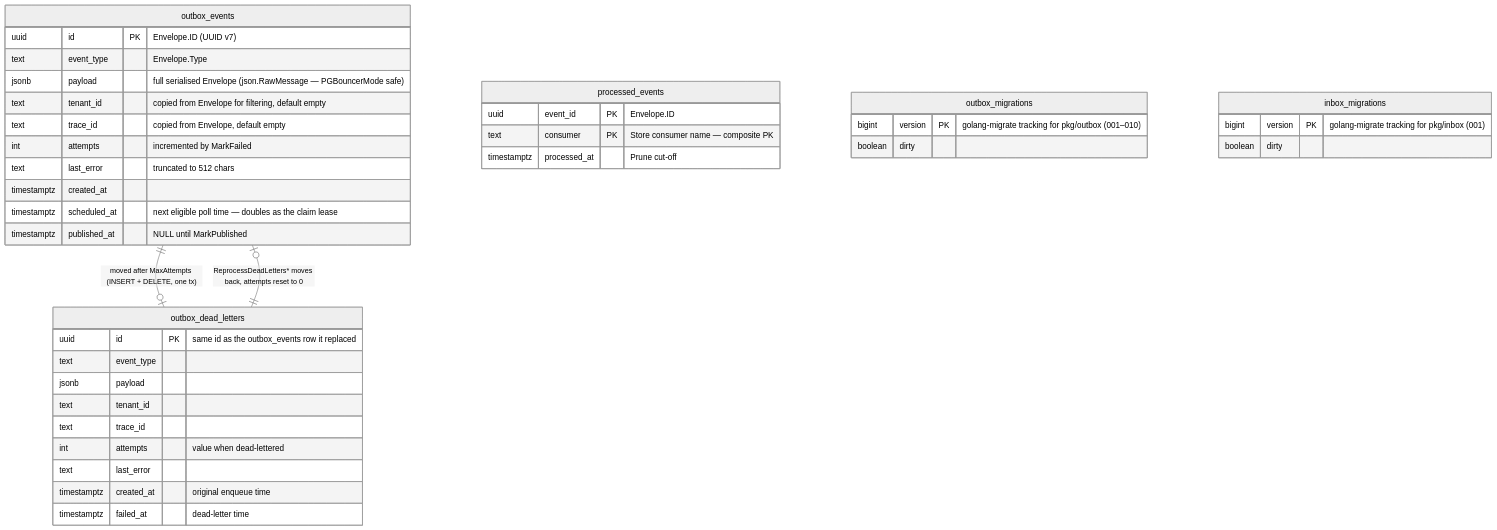
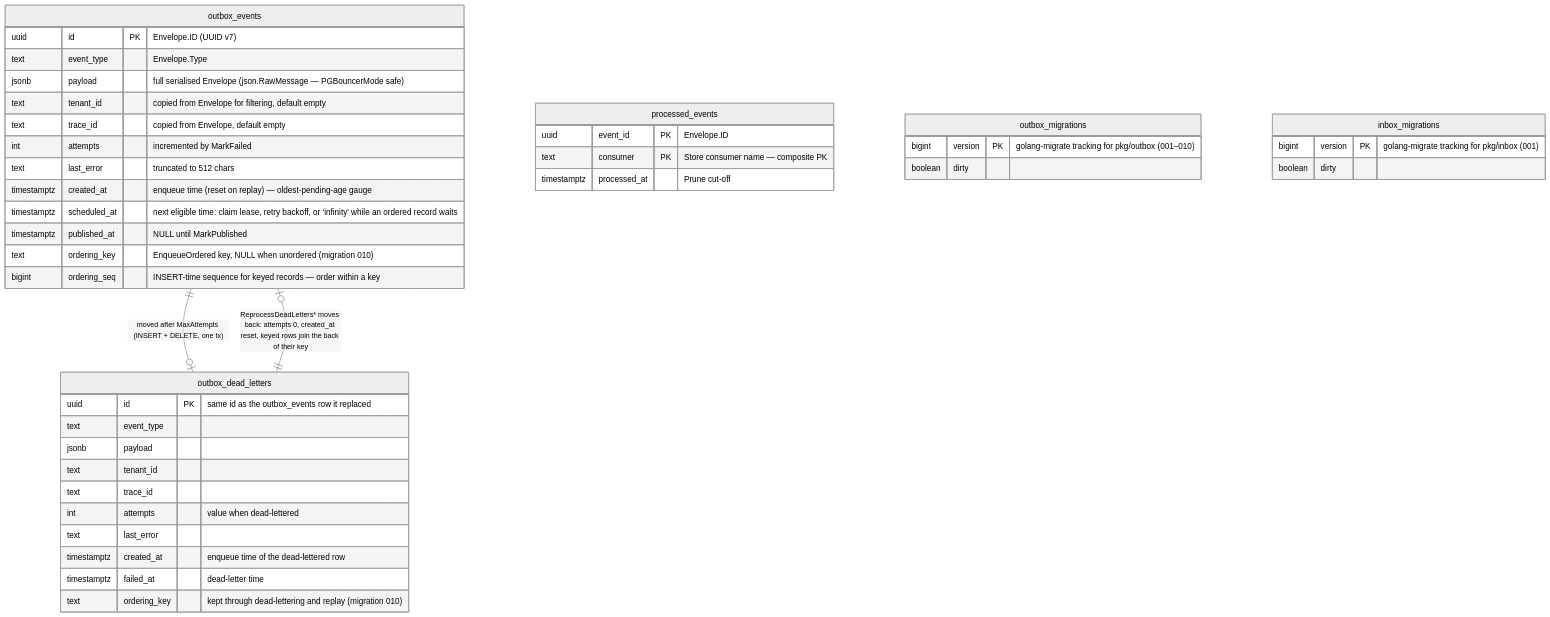
The seventh of 13 diagrams in ARCHITECTURE.md (BCBP-SOLUTIONS-FZC-LLC/platform-events), drawn with Mermaid (neutral theme) before and after one commit. The commit also changed other lines of this file and 7 other files, not shown here.

First line of the commit message:
docs: add low-level design; align README, ARCHITECTURE and CLAUDE.md with the current structure and behaviour

````diff
--- a/ARCHITECTURE.md
+++ b/ARCHITECTURE.md
@@ -485,41 +455,44 @@
 ```mermaid
 erDiagram
     outbox_events {
         uuid id PK "Envelope.ID (UUID v7)"
         text event_type "Envelope.Type"
         jsonb payload "full serialised Envelope (json.RawMessage — PGBouncerMode safe)"
         text tenant_id "copied from Envelope for filtering, default empty"
         text trace_id "copied from Envelope, default empty"
         int attempts "incremented by MarkFailed"
         text last_error "truncated to 512 chars"
-        timestamptz created_at
-        timestamptz scheduled_at "next eligible poll time — doubles as the claim lease"
+        timestamptz created_at "enqueue time (reset on replay) — oldest-pending-age gauge"
+        timestamptz scheduled_at "next eligible time: claim lease, retry backoff, or 'infinity' while an ordered record waits"
         timestamptz published_at "NULL until MarkPublished"
+        text ordering_key "EnqueueOrdered key, NULL when unordered (migration 010)"
+        bigint ordering_seq "INSERT-time sequence for keyed records — order within a key"
     }
     outbox_dead_letters {
         uuid id PK "same id as the outbox_events row it replaced"
         text event_type
         jsonb payload
         text tenant_id
         text trace_id
         int attempts "value when dead-lettered"
         text last_error
-        timestamptz created_at "original enqueue time"
+        timestamptz created_at "enqueue time of the dead-lettered row"
         timestamptz failed_at "dead-letter time"
+        text ordering_key "kept through dead-lettering and replay (migration 010)"
     }
     processed_events {
         uuid event_id PK "Envelope.ID"
         text consumer PK "Store consumer name — composite PK"
         timestamptz processed_at "Prune cut-off"
     }
     outbox_migrations {
         bigint version PK "golang-migrate tracking for pkg/outbox (001–010)"
         boolean dirty
     }
     inbox_migrations {
         bigint version PK "golang-migrate tracking for pkg/inbox (001)"
         boolean dirty
     }
     outbox_events ||--o| outbox_dead_letters : "moved after MaxAttempts (INSERT + DELETE, one tx)"
-    outbox_dead_letters ||--o| outbox_events : "ReprocessDeadLetters* moves back, attempts reset to 0"
+    outbox_dead_letters ||--o| outbox_events : "ReprocessDeadLetters* moves back: attempts 0, created_at reset, keyed rows join the back of their key"
 ```
````
